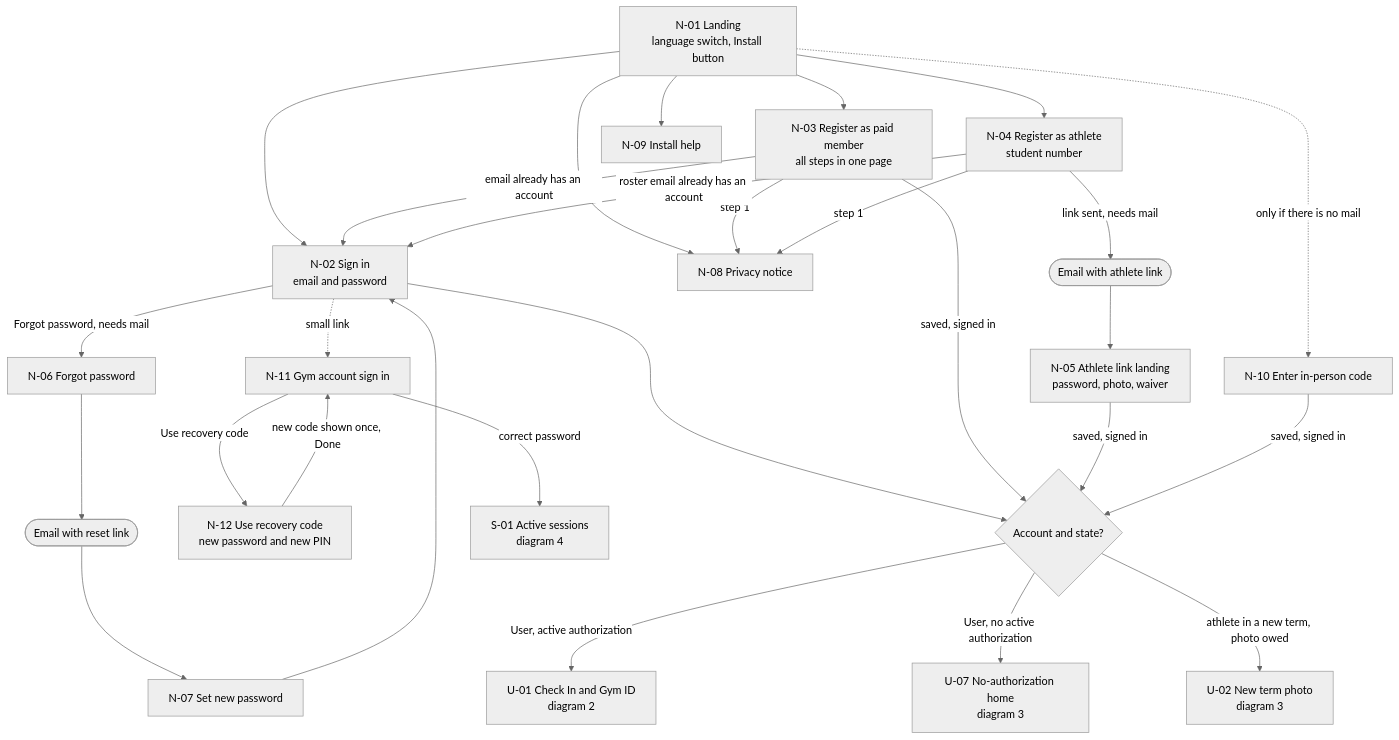
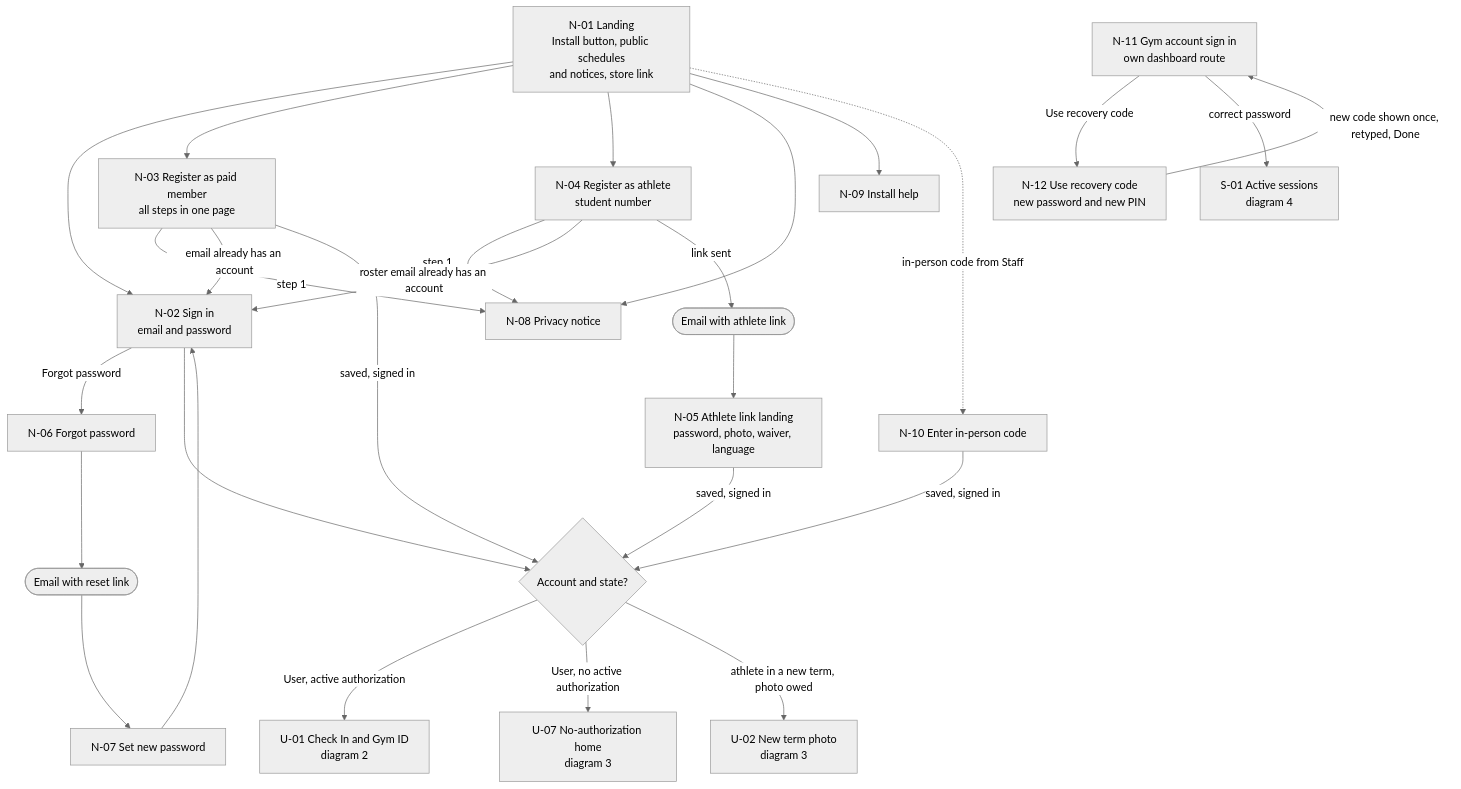
One commit to Th3-Minorities/natatorio-gym-app changed the first of 7 diagrams in docs/design/screen-map.md. Above: the diagram before and after it, drawn with Mermaid (neutral theme). The commit also changed other lines of this file, not shown here.

````diff
--- a/docs/design/screen-map.md
+++ b/docs/design/screen-map.md
@@ -16,30 +17,29 @@
 ```mermaid
 flowchart TD
-  N01["N-01 Landing<br/>language switch, Install button"] --> N02["N-02 Sign in<br/>email and password"]
+  N01["N-01 Landing<br/>Install button, public schedules<br/>and notices, store link"] --> N02["N-02 Sign in<br/>email and password"]
   N01 --> N03["N-03 Register as paid member<br/>all steps in one page"]
   N01 --> N04["N-04 Register as athlete<br/>student number"]
   N01 --> N08["N-08 Privacy notice"]
   N01 --> N09["N-09 Install help"]
-  N01 -.->|"only if there is no mail"| N10["N-10 Enter in-person code"]
-  N02 -->|"Forgot password, needs mail"| N06["N-06 Forgot password"]
-  N02 -.->|"small link"| N11["N-11 Gym account sign in"]
+  N01 -.->|"in-person code from Staff"| N10["N-10 Enter in-person code"]
+  N02 -->|"Forgot password"| N06["N-06 Forgot password"]
   N03 -->|"step 1"| N08
   N04 -->|"step 1"| N08
   N03 -->|"email already has an account"| N02
   N04 -->|"roster email already has an account"| N02
-  N04 -->|"link sent, needs mail"| MAIL1(["Email with athlete link"])
-  MAIL1 --> N05["N-05 Athlete link landing<br/>password, photo, waiver"]
+  N04 -->|"link sent"| MAIL1(["Email with athlete link"])
+  MAIL1 --> N05["N-05 Athlete link landing<br/>password, photo, waiver, language"]
   N06 --> MAIL2(["Email with reset link"])
   MAIL2 --> N07["N-07 Set new password"]
   N07 --> N02
-  N11 -->|"Use recovery code"| N12["N-12 Use recovery code<br/>new password and new PIN"]
-  N12 -->|"new code shown once, Done"| N11
+  N11["N-11 Gym account sign in<br/>own dashboard route"] -->|"Use recovery code"| N12["N-12 Use recovery code<br/>new password and new PIN"]
+  N12 -->|"new code shown once, retyped, Done"| N11
   N02 --> R{"Account and state?"}
   N03 -->|"saved, signed in"| R
   N05 -->|"saved, signed in"| R
   N10 -->|"saved, signed in"| R
   R -->|"User, active authorization"| U01["U-01 Check In and Gym ID<br/>diagram 2"]
   R -->|"User, no active authorization"| U07["U-07 No-authorization home<br/>diagram 3"]
   R -->|"athlete in a new term, photo owed"| U02["U-02 New term photo<br/>diagram 3"]
   N11 -->|"correct password"| S01["S-01 Active sessions<br/>diagram 4"]
 ```
````
